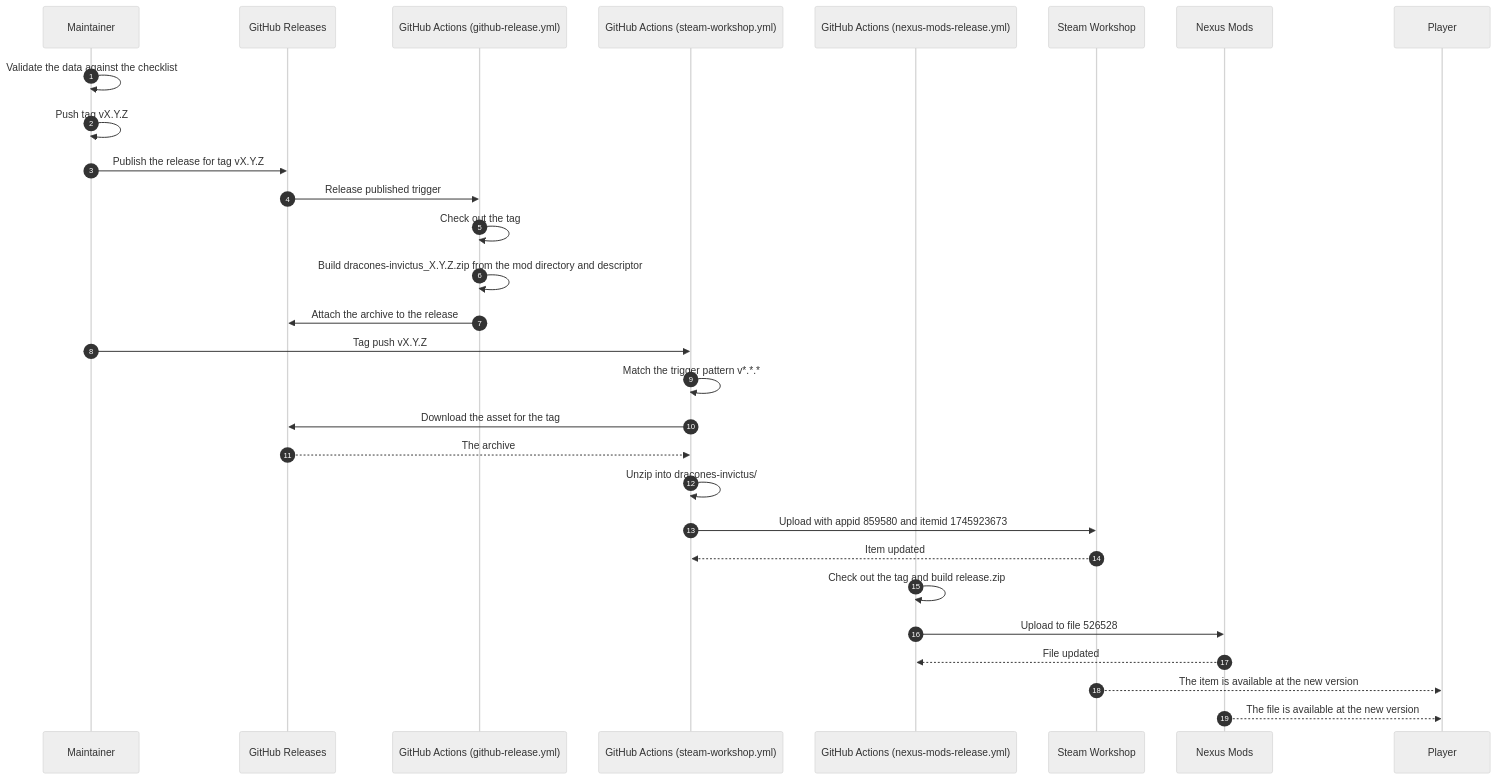
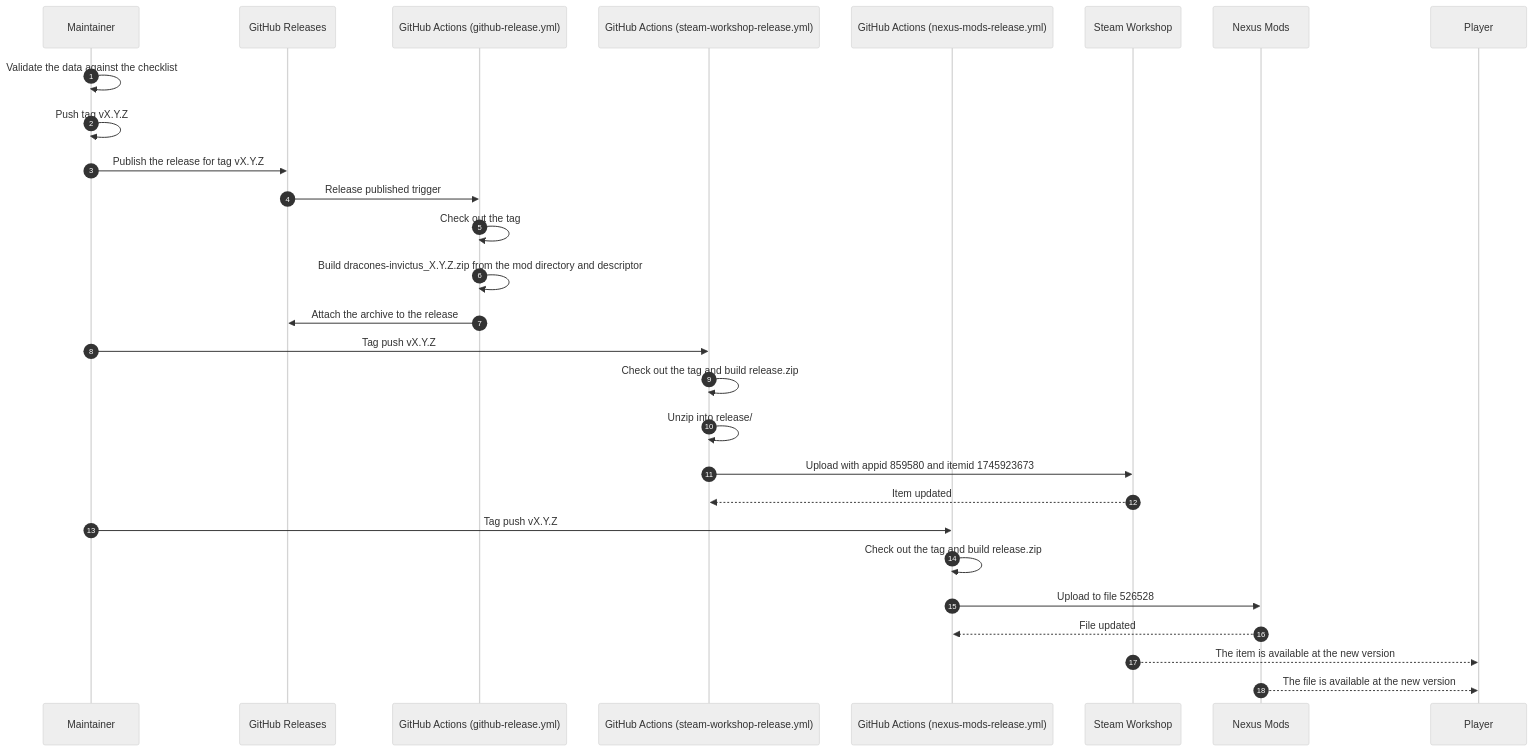
The first of 2 diagrams in docs/flows/release-and-publishing.md (hmlendea/imperator-dracones-invictus), drawn with Mermaid (neutral theme) before and after one commit. The commit also changed other lines of this file and 25 other files, not shown here.

Commit message:
ci: Updated the Steam Workshop Release workflow

````diff
--- a/docs/flows/release-and-publishing.md
+++ b/docs/flows/release-and-publishing.md
@@ -13,32 +13,31 @@
 ```mermaid
 sequenceDiagram
     autonumber
     participant M as Maintainer
     participant G as GitHub Releases
     participant A as GitHub Actions (github-release.yml)
-    participant W as GitHub Actions (steam-workshop.yml)
+    participant W as GitHub Actions (steam-workshop-release.yml)
     participant N as GitHub Actions (nexus-mods-release.yml)
     participant S as Steam Workshop
     participant X as Nexus Mods
     participant P as Player
 
     M->>M: Validate the data against the checklist
     M->>M: Push tag vX.Y.Z
     M->>G: Publish the release for tag vX.Y.Z
     G->>A: Release published trigger
     A->>A: Check out the tag
     A->>A: Build dracones-invictus_X.Y.Z.zip from the mod directory and descriptor
     A->>G: Attach the archive to the release
     M->>W: Tag push vX.Y.Z
-    W->>W: Match the trigger pattern v*.*.*
-    W->>G: Download the asset for the tag
-    G-->>W: The archive
-    W->>W: Unzip into dracones-invictus/
+    W->>W: Check out the tag and build release.zip
+    W->>W: Unzip into release/
     W->>S: Upload with appid 859580 and itemid 1745923673
     S-->>W: Item updated
+    M->>N: Tag push vX.Y.Z
     N->>N: Check out the tag and build release.zip
     N->>X: Upload to file 526528
     X-->>N: File updated
     S-->>P: The item is available at the new version
     X-->>P: The file is available at the new version
 ```
````
